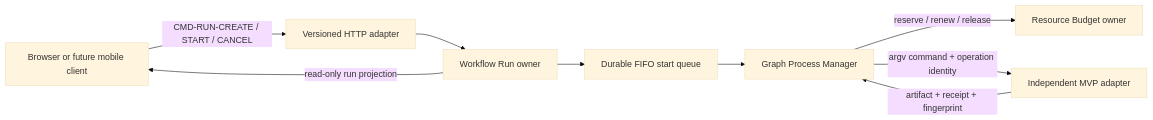
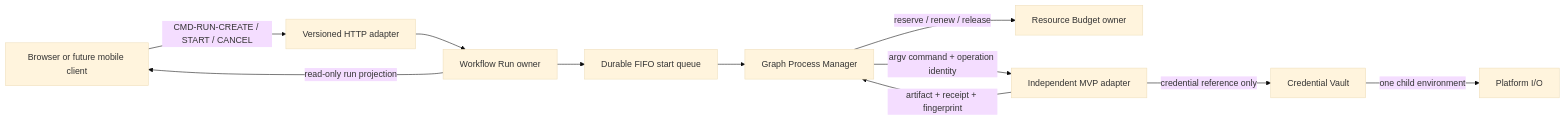
One commit to wohuishuo/cc-video-pipeline changed the first of 2 diagrams in docs/project/architecture/design/blueprints/video-graph-studio.md. Above: the diagram before and after it, drawn with Mermaid (base theme). The commit also changed other lines of this file and 25 other files, not shown here.

Commit message:
feat: add guarded publication execute graph

````diff
--- a/docs/project/architecture/design/blueprints/video-graph-studio.md
+++ b/docs/project/architecture/design/blueprints/video-graph-studio.md
@@ -15,11 +15,13 @@
 ```mermaid
 flowchart LR
     Client["Browser or future mobile client"] -->|"CMD-RUN-CREATE / START / CANCEL"| HTTP["Versioned HTTP adapter"]
     HTTP --> Run["Workflow Run owner"]
     Run --> Queue["Durable FIFO start queue"]
     Queue --> Process["Graph Process Manager"]
     Process -->|"reserve / renew / release"| Budget["Resource Budget owner"]
     Process -->|"argv command + operation identity"| MVP["Independent MVP adapter"]
+    MVP -->|"credential reference only"| Vault["Credential Vault"]
+    Vault -->|"one child environment"| Platform["Platform I/O"]
     MVP -->|"artifact + receipt + fingerprint"| Process
     Run -->|"read-only run projection"| Client
 ```
````
